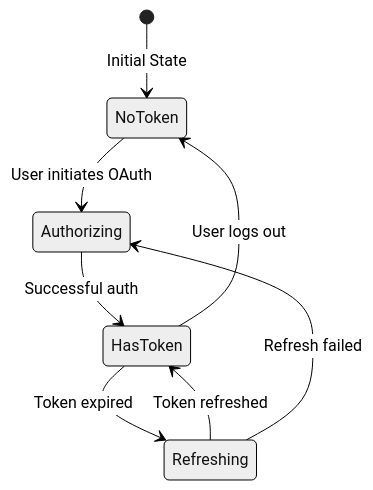
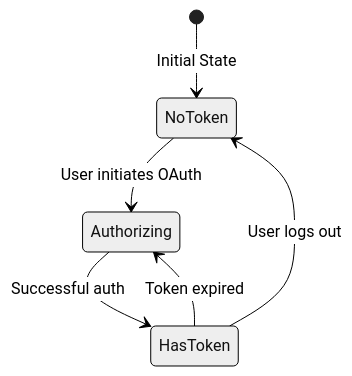
The third of 5 diagrams in docs/core-concepts.md (kriasoft/oauth-callback), drawn with Mermaid (neutral theme) before and after one commit. The commit also changed other lines of this file and 24 other files, not shown here.

````diff
--- a/docs/core-concepts.md
+++ b/docs/core-concepts.md
@@ -188,10 +190,8 @@
 ```mermaid
 stateDiagram-v2
     [*] --> NoToken: Initial State
     NoToken --> Authorizing: User initiates OAuth
     Authorizing --> HasToken: Successful auth
-    HasToken --> Refreshing: Token expired
-    Refreshing --> HasToken: Token refreshed
+    HasToken --> Authorizing: Token expired
     HasToken --> NoToken: User logs out
-    Refreshing --> Authorizing: Refresh failed
 ```
````
